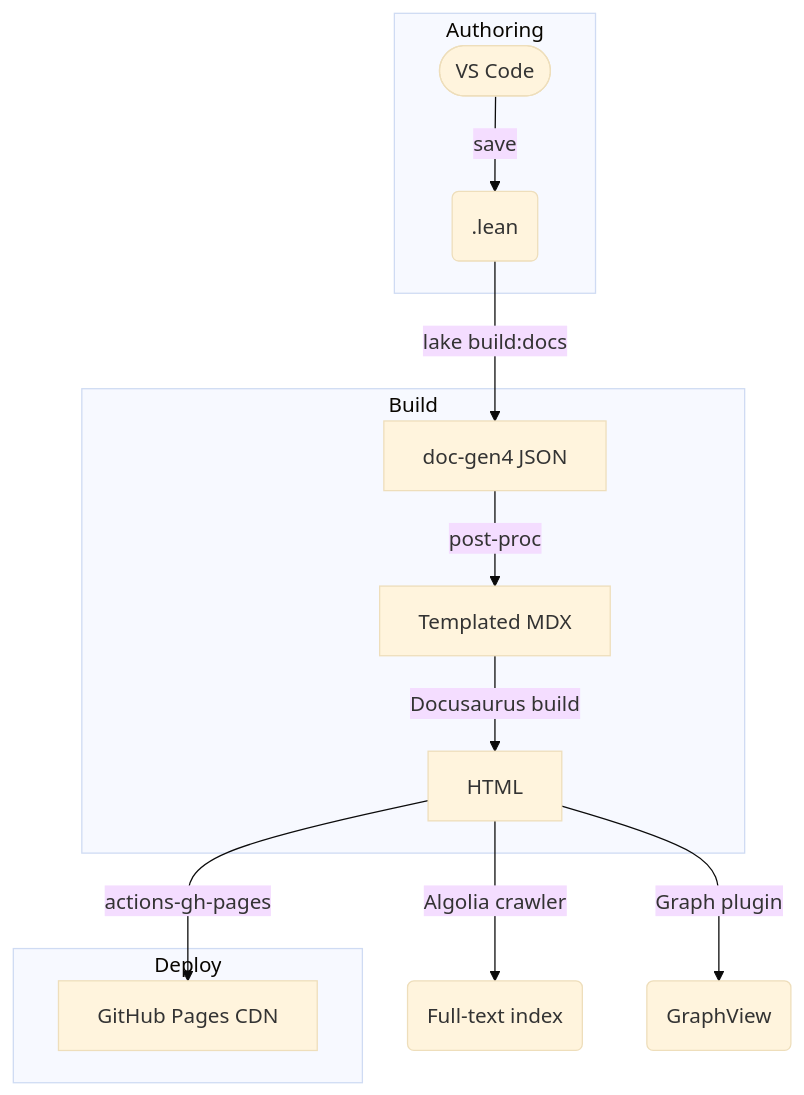
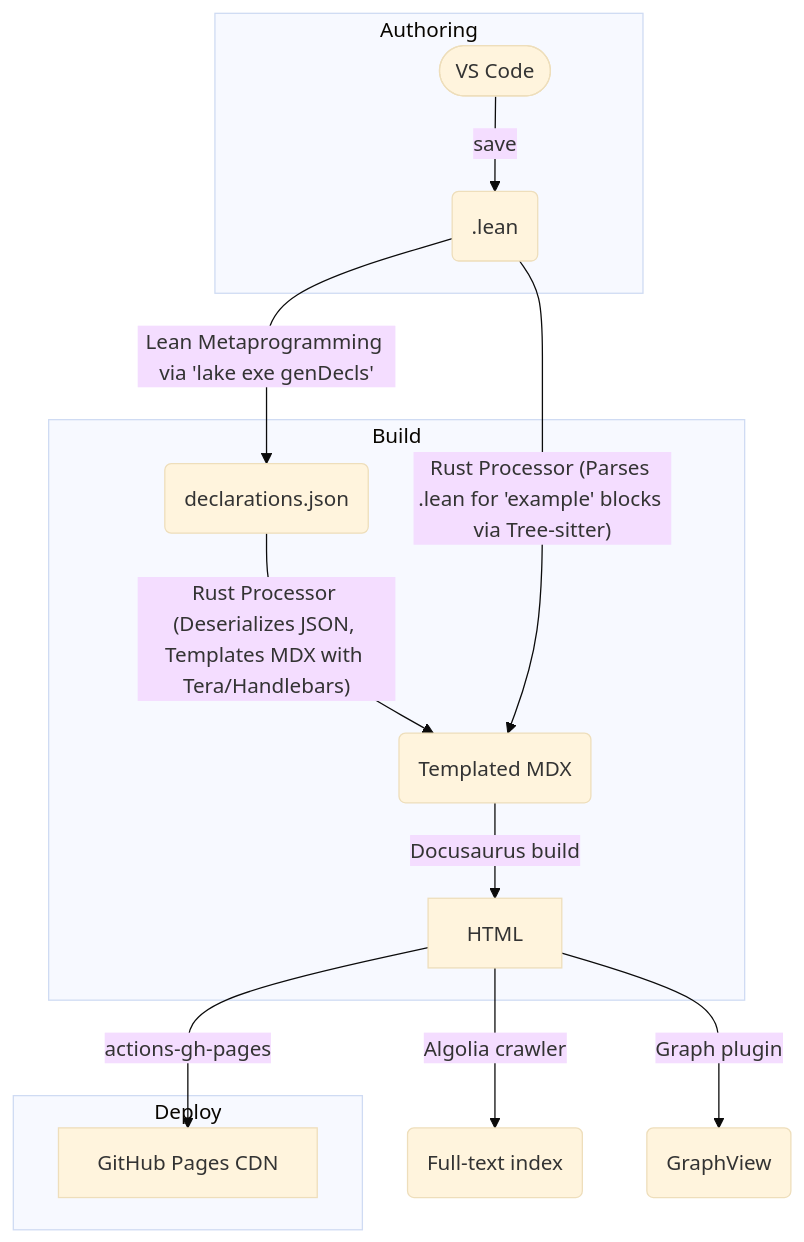
Before and after one commit to RK0429/MathUniverse: the diagram in design/idea.md, drawn with Mermaid (base theme).

Commit message:
UPD - Refactor the build process in idea.md to enhance clarity and functionality. Updated the flowchart to reflect the new Lean Metaprogramming approach, detailing the transition from LeanFile to JSON output and the integration of Rust processors for improved templating and parsing of .lean files. This change streamlines the documentation generation workflow and enhances the overall structure of the deployment process.

````diff
--- a/design/idea.md
+++ b/design/idea.md
@@ -92,17 +92,17 @@
 ```mermaid
 flowchart TD
   subgraph Authoring
     U([VS Code]) --save--> LeanFile(.lean)
   end
   subgraph Build
-    LeanFile --lake build:docs--> JSON[doc-gen4 JSON]
-    JSON --post-proc--> MDX[Templated MDX]
-    MDX --Docusaurus build--> HTML
+    LeanFile -- Lean Metaprogramming via 'lake exe genDecls' --> JsonOutput(declarations.json)
+    JsonOutput -- Rust Processor (Deserializes JSON, Templates MDX with Tera/Handlebars) --> MdxOutput(Templated MDX)
+    LeanFile -- Rust Processor (Parses .lean for 'example' blocks via Tree-sitter) --> MdxOutput
+    MdxOutput -- Docusaurus build --> HTML
   end
   subgraph Deploy
     HTML --actions-gh-pages--> GH[GitHub Pages CDN]
   end
   HTML --Algolia crawler--> Index(Full-text index)
   HTML --Graph plugin--> Graph(GraphView)
-
 ```
````
